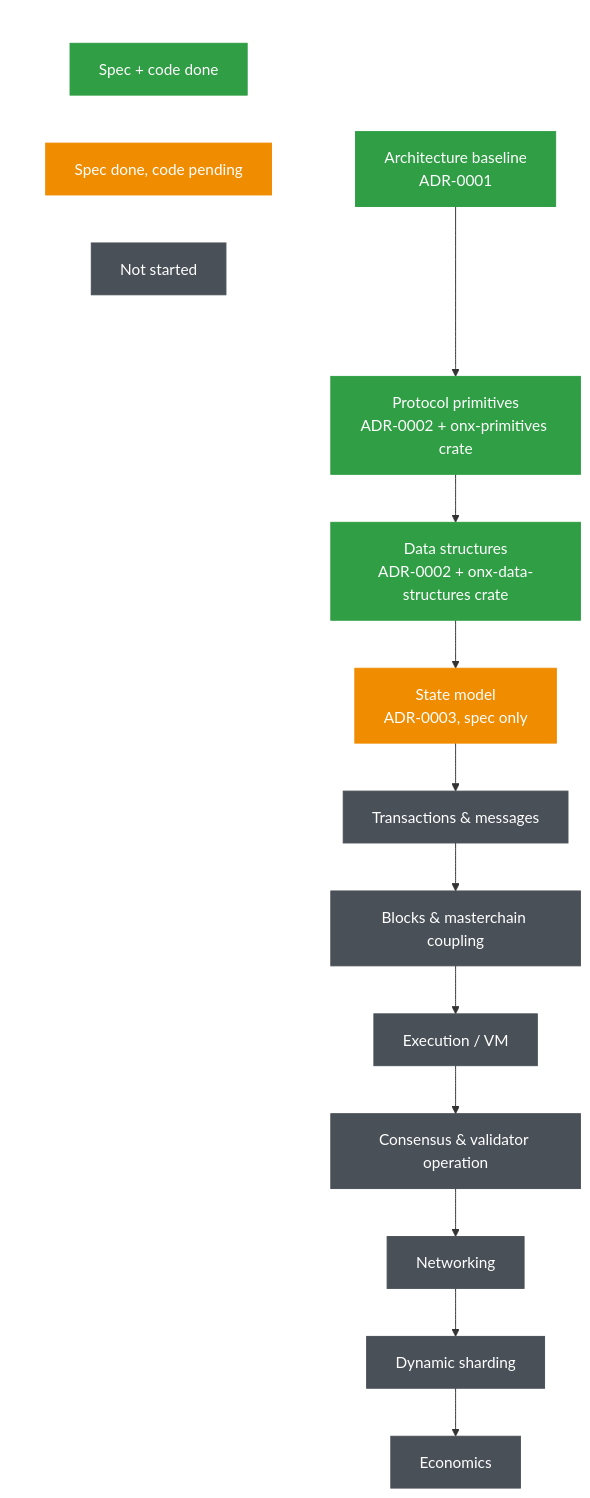
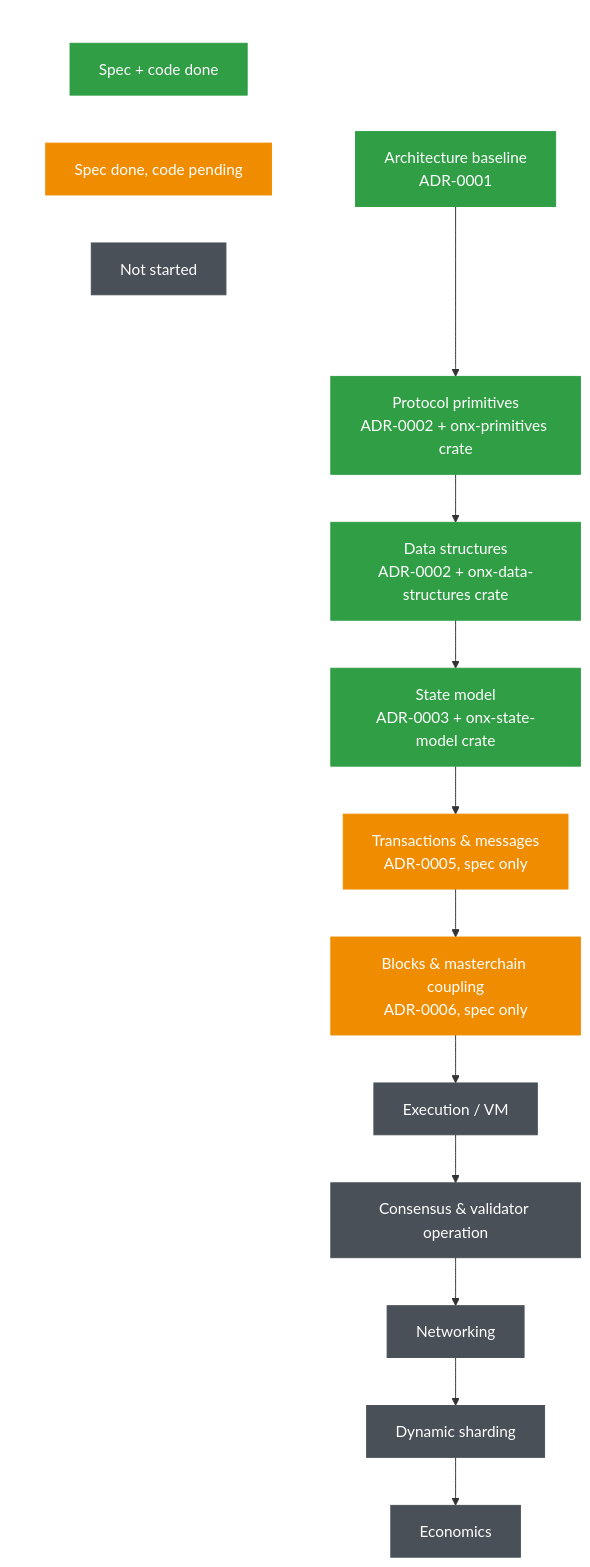
Before and after one commit to polkkimono-svg/The-Open-Network-X: the diagram in README.md, drawn with Mermaid. The commit also changed other lines of this file and 4 other files, not shown here.

First line of the commit message:
Add Blocks and Masterchain Coupling specification and ADR-0006

````diff
--- a/README.md
+++ b/README.md
@@ -95,28 +97,28 @@
 ```mermaid
 flowchart TD
     subgraph Legend[" "]
         direction LR
         L1["Spec + code done"]:::done
         L2["Spec done, code pending"]:::specOnly
         L3["Not started"]:::todo
     end
 
     A["Architecture baseline<br/>ADR-0001"]:::done
     B["Protocol primitives<br/>ADR-0002 + onx-primitives crate"]:::done
     C["Data structures<br/>ADR-0002 + onx-data-structures crate"]:::done
-    D["State model<br/>ADR-0003, spec only"]:::specOnly
-    E["Transactions & messages"]:::todo
-    F["Blocks & masterchain coupling"]:::todo
+    D["State model<br/>ADR-0003 + onx-state-model crate"]:::done
+    E["Transactions & messages<br/>ADR-0005, spec only"]:::specOnly
+    F["Blocks & masterchain coupling<br/>ADR-0006, spec only"]:::specOnly
     G["Execution / VM"]:::todo
     H["Consensus & validator operation"]:::todo
     I["Networking"]:::todo
     J["Dynamic sharding"]:::todo
     K["Economics"]:::todo
 
     A --> B --> C --> D --> E --> F --> G --> H --> I --> J --> K
 
     classDef done fill:#2f9e44,stroke:#2f9e44,color:#fff
     classDef specOnly fill:#f08c00,stroke:#f08c00,color:#fff
     classDef todo fill:#495057,stroke:#495057,color:#fff
     style Legend fill:transparent,stroke:transparent
 ```
````
